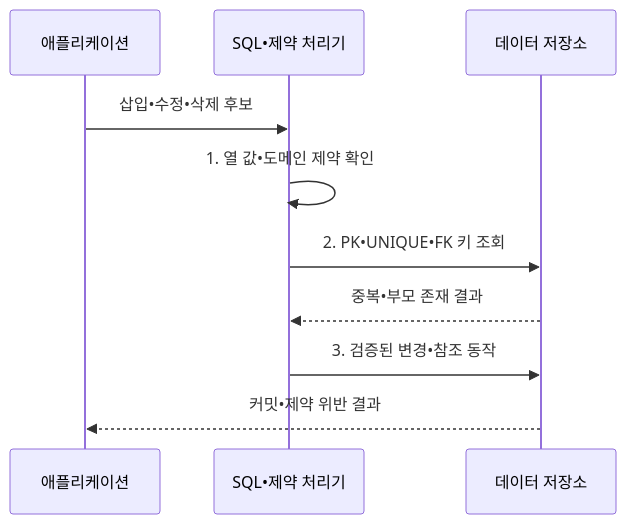
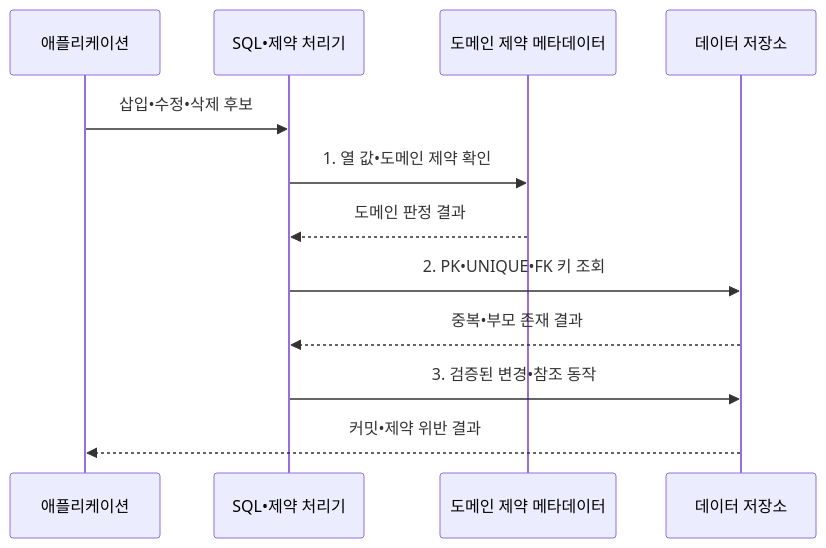
Before and after one commit to agnusdei1207/knowledge-base: the second of 2 diagrams in src/content/docs/notes/03-software/091_database_integrity_constraints.md, drawn with Mermaid. The commit also changed other lines of this file and 15 other files, not shown here.

````diff
--- a/src/content/docs/notes/03-software/091_database_integrity_constraints.md
+++ b/src/content/docs/notes/03-software/091_database_integrity_constraints.md
@@ -110,12 +110,14 @@
 ```mermaid
 sequenceDiagram
     participant APP as 애플리케이션
     participant SQL as SQL•제약 처리기
+    participant M as 도메인 제약 메타데이터
     participant DATA as 데이터 저장소
     APP->>SQL: 삽입•수정•삭제 후보
-    SQL->>SQL: 1. 열 값•도메인 제약 확인
+    SQL->>M: 1. 열 값•도메인 제약 확인
+    M-->>SQL: 도메인 판정 결과
     SQL->>DATA: 2. PK•UNIQUE•FK 키 조회
     DATA-->>SQL: 중복•부모 존재 결과
     SQL->>DATA: 3. 검증된 변경•참조 동작
     DATA-->>APP: 커밋•제약 위반 결과
 ```
````
